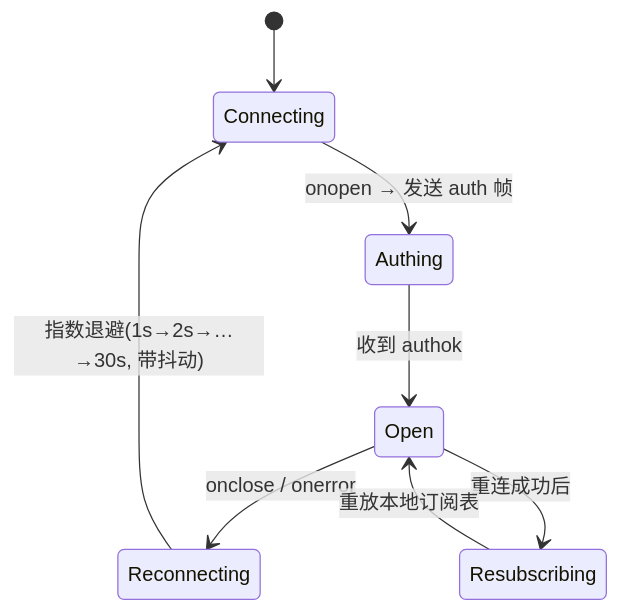
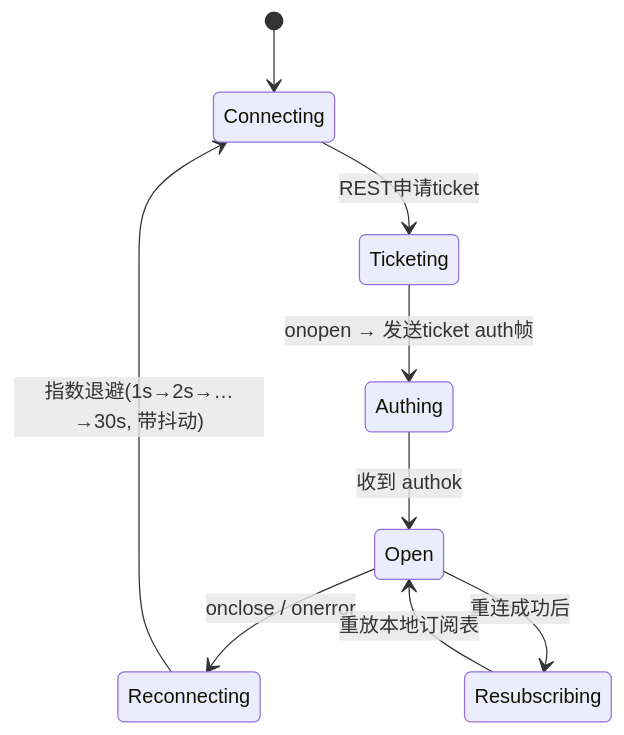
Before and after one commit to edward-ng-duke/LobsterAI: the fourth of 6 diagrams in 改造计划/03-前端与传输层改造.md, drawn with Mermaid. The commit also changed other lines of this file and 22 other files, not shown here.

````diff
--- a/改造计划/03-前端与传输层改造.md
+++ b/改造计划/03-前端与传输层改造.md
@@ -464,10 +476,11 @@
 ```mermaid
 stateDiagram-v2
   [*] --> Connecting
-  Connecting --> Authing: onopen → 发送 auth 帧
+  Connecting --> Ticketing: REST申请ticket
+  Ticketing --> Authing: onopen → 发送ticket auth帧
   Authing --> Open: 收到 authok
   Open --> Reconnecting: onclose / onerror
   Reconnecting --> Connecting: 指数退避(1s→2s→…→30s, 带抖动)
   Open --> Resubscribing: 重连成功后
   Resubscribing --> Open: 重放本地订阅表
 ```
````
